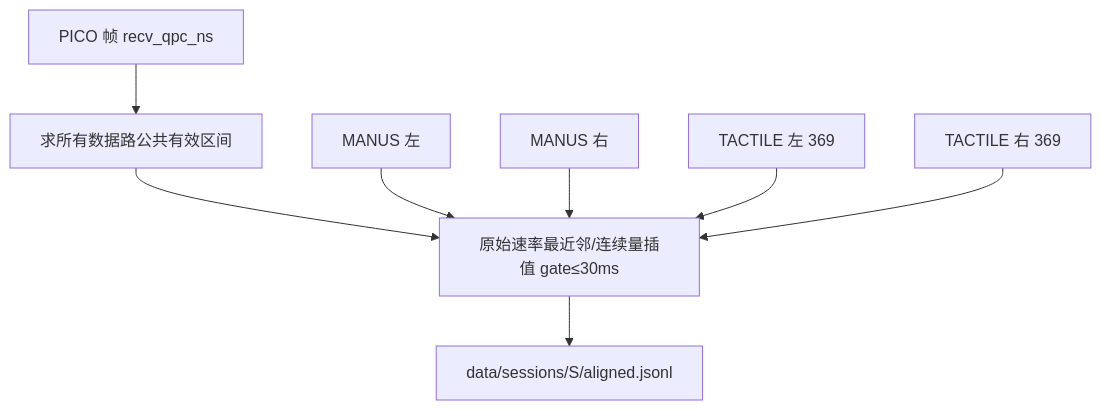
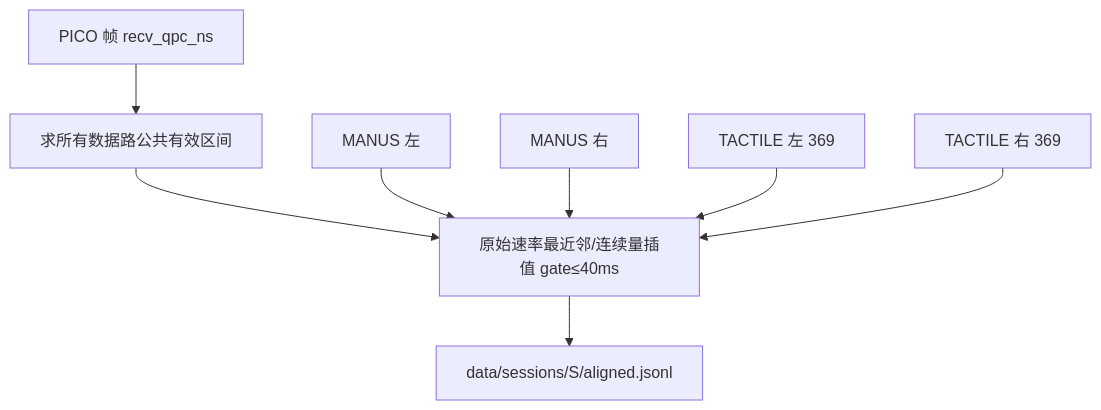
Before and after one commit to lemon977/pico_manus_tac: the third of 5 diagrams in docs/PIPELINE_ZH.md, drawn with Mermaid. The commit also changed other lines of this file and 8 other files, not shown here.

````diff
--- a/docs/PIPELINE_ZH.md
+++ b/docs/PIPELINE_ZH.md
@@ -138,10 +138,10 @@
 ```mermaid
 flowchart TB
   PICO["PICO 帧 recv_qpc_ns"] --> CW["求所有数据路公共有效区间"]
-  CW --> NN["原始速率最近邻/连续量插值 gate≤30ms"]
+  CW --> NN["原始速率最近邻/连续量插值 gate≤40ms"]
   L[MANUS 左] --> NN
   R[MANUS 右] --> NN
   TL[TACTILE 左 369] --> NN
   TR[TACTILE 右 369] --> NN
   NN --> OUT["data/sessions/S/aligned.jsonl"]
 ```
````
